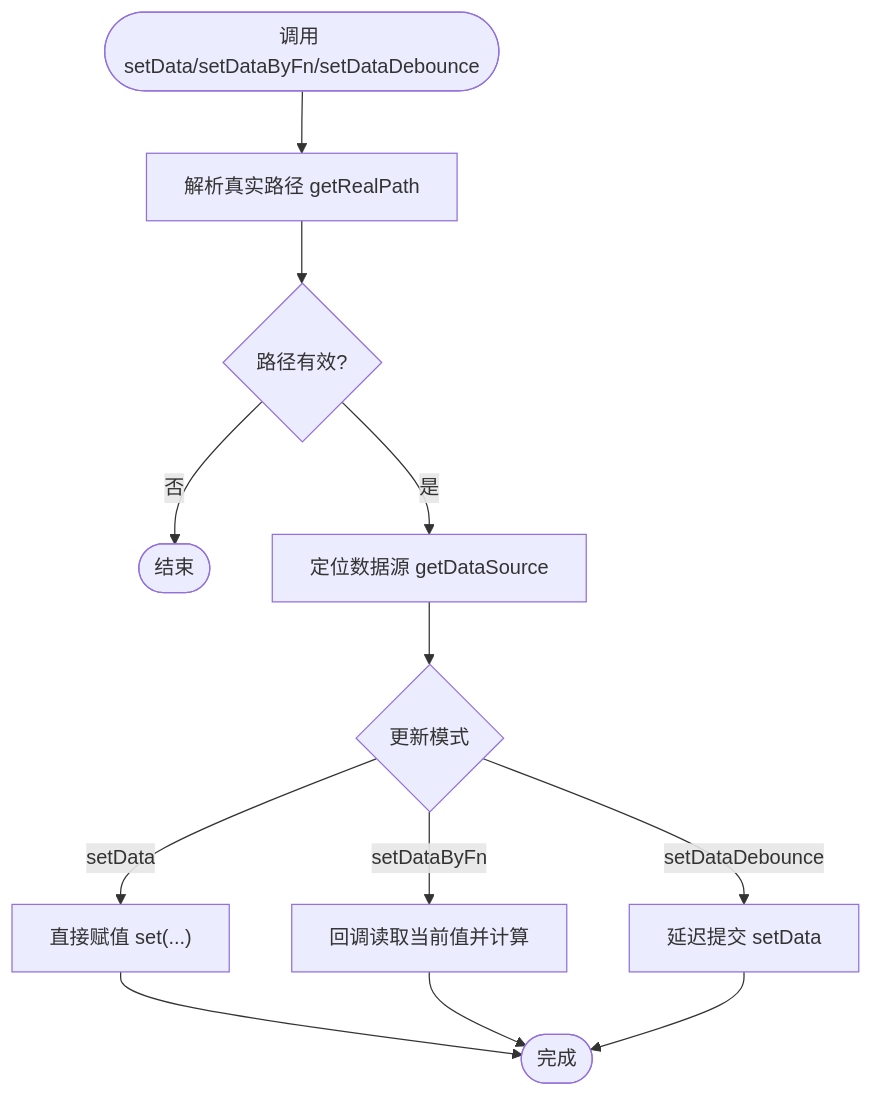
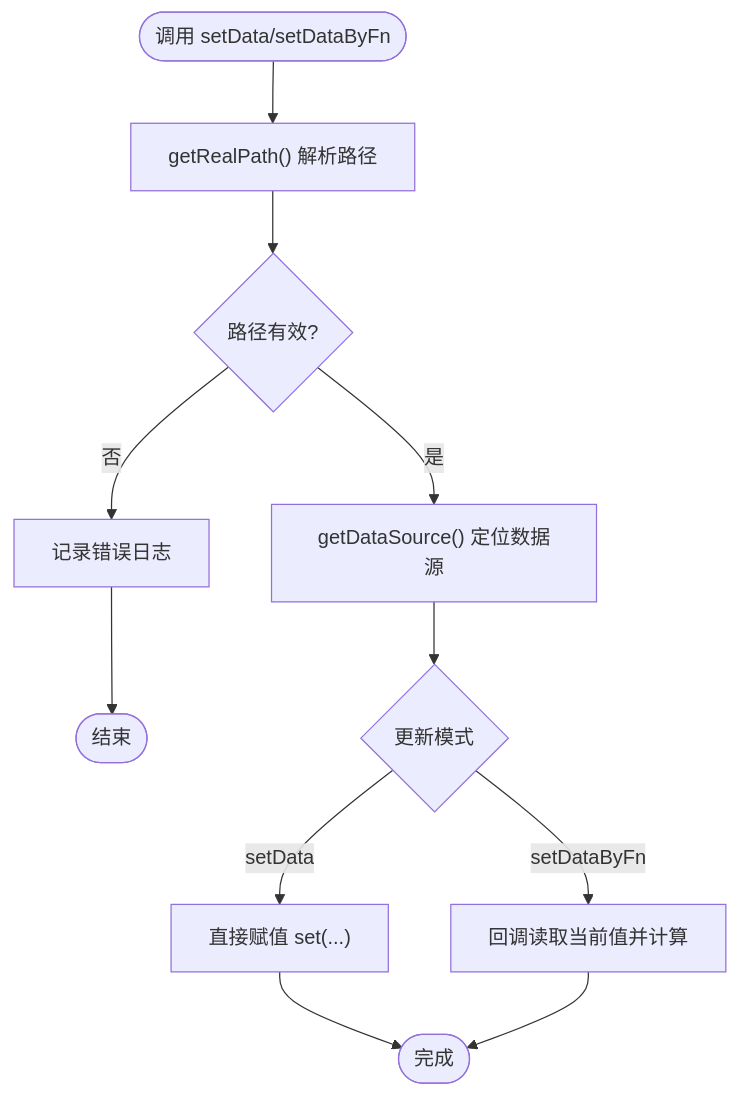
Before and after one commit to liqiongke/FrontArk: the fourth of 9 diagrams in .qoder/repowiki/zh/content/数据管理/状态管理.md, drawn with Mermaid. The commit also changed other lines of this file and 19 other files, not shown here.

````diff
--- a/.qoder/repowiki/zh/content/数据管理/状态管理.md
+++ b/.qoder/repowiki/zh/content/数据管理/状态管理.md
@@ -201,14 +228,13 @@
 ```mermaid
 flowchart TD
-Start(["调用 setData/setDataByFn/setDataDebounce"]) --> Resolve["解析真实路径 getRealPath"]
-Resolve --> CheckPath{"路径有效?"}
-CheckPath -- 否 --> End(["结束"])
-CheckPath -- 是 --> Locate["定位数据源 getDataSource"]
+Start(["调用 setData/setDataByFn"]) --> Resolve["getRealPath() 解析路径"]
+Resolve --> Validate{"路径有效?"}
+Validate -- 否 --> LogError["记录错误日志"]
+LogError --> End(["结束"])
+Validate -- 是 --> Locate["getDataSource() 定位数据源"]
 Locate --> Update{"更新模式"}
 Update -- setData --> Direct["直接赋值 set(...)"]
 Update -- setDataByFn --> Fn["回调读取当前值并计算"]
-Update -- setDataDebounce --> Debounce["延迟提交 setData"]
 Direct --> Done(["完成"])
 Fn --> Done
-Debounce --> Done
 ```
````
